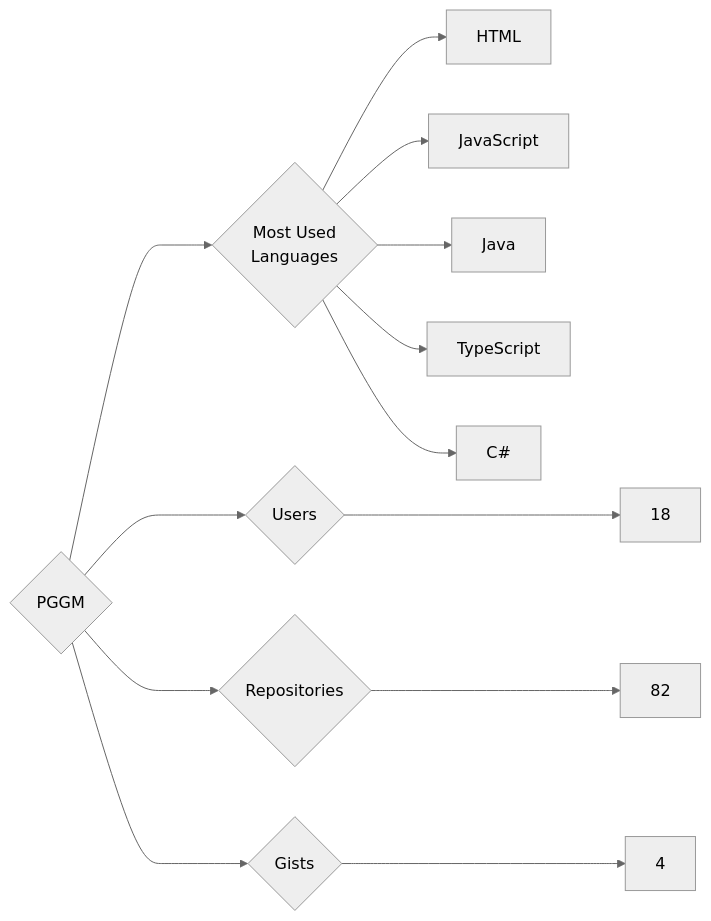
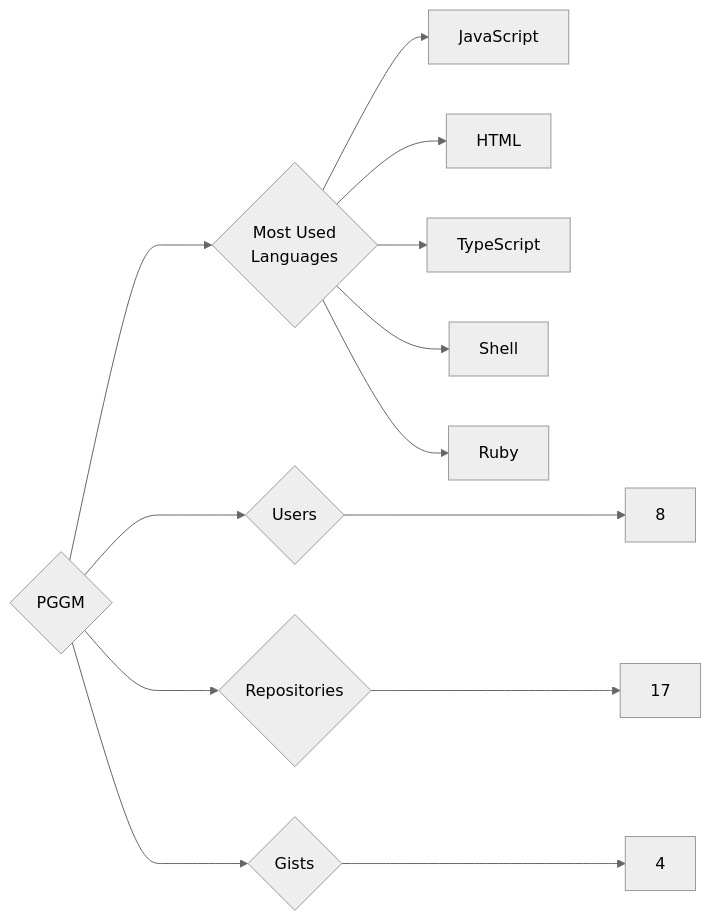
One commit to trickest/insiders changed the diagram in targets/PGGM/README.md. Above: the diagram before and after it, drawn with Mermaid (neutral theme). The commit also changed 765 other files, not shown here.

````diff
--- a/targets/PGGM/README.md
+++ b/targets/PGGM/README.md
@@ -3,13 +3,13 @@
 ```mermaid
 graph LR
 COMPANY_NAME{PGGM}
-COMPANY_NAME ---> U{Users} ---> UN[18]
-COMPANY_NAME ---> R{Repositories} ---> RN[82]
+COMPANY_NAME ---> U{Users} ---> UN[8]
+COMPANY_NAME ---> R{Repositories} ---> RN[17]
 COMPANY_NAME ---> G{Gists} ---> GN[4]
 COMPANY_NAME ---> ML{Most Used<br>Languages}
+ML --> JavaScript[JavaScript]
 ML --> HTML[HTML]
-ML --> JavaScript[JavaScript]
-ML --> Java[Java]
 ML --> TypeScript[TypeScript]
-ML --> C#[C#]
+ML --> Shell[Shell]
+ML --> Ruby[Ruby]
 ```
````
